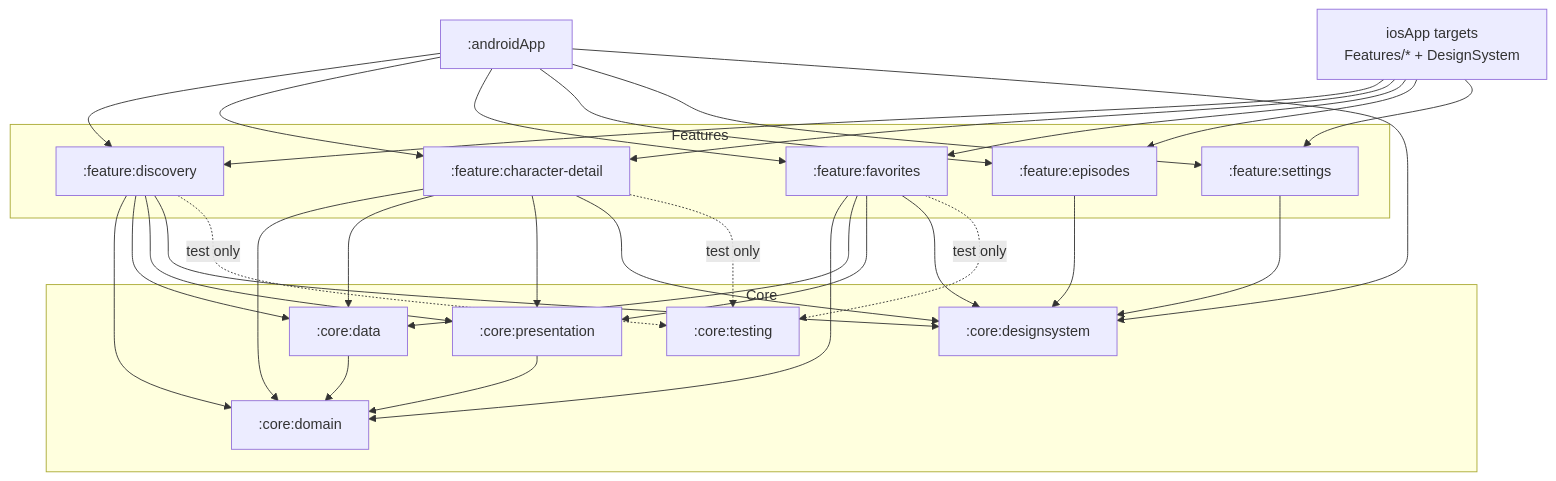
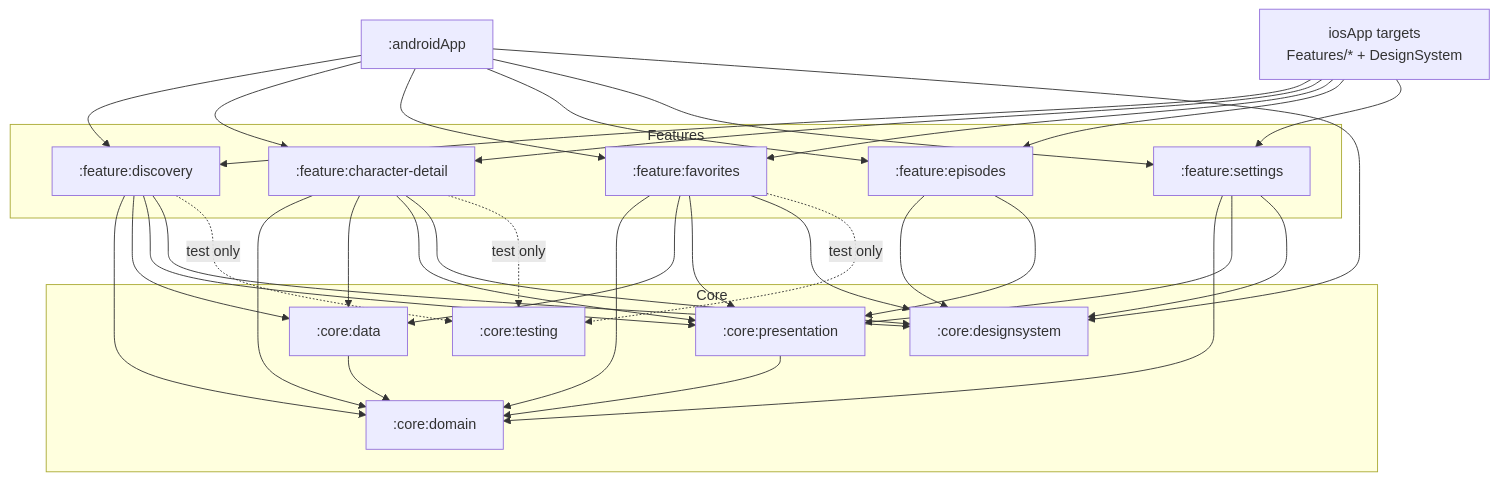
One commit to davidru85/RickAndMorty changed the third of 4 diagrams in docs/DESIGN.md. Above: the diagram before and after it, drawn with Mermaid. The commit also changed other lines of this file and 16 other files, not shown here.

````diff
--- a/docs/DESIGN.md
+++ b/docs/DESIGN.md
@@ -104,49 +104,52 @@
 ```mermaid
 flowchart TB
     subgraph Core
         CD[":core:domain"]
         CDA[":core:data"]
         CP[":core:presentation"]
         CDS[":core:designsystem"]
         CT[":core:testing"]
     end
     subgraph Features
         FD[":feature:discovery"]
         FC[":feature:character-detail"]
         FF[":feature:favorites"]
         FE[":feature:episodes"]
         FS[":feature:settings"]
     end
     APP[":androidApp"]
     IOS["iosApp targets<br/>Features/* + DesignSystem"]
     CDA --> CD
     CP --> CD
     FD --> CD
     FD --> CDA
     FD --> CP
     FD --> CDS
     FC --> CD
     FC --> CDA
     FC --> CP
     FC --> CDS
     FF --> CD
     FF --> CDA
     FF --> CP
     FF --> CDS
     FE --> CDS
+    FE --> CP
+    FS --> CD
+    FS --> CP
     FS --> CDS
     APP --> FD
     APP --> FC
     APP --> FF
     APP --> FE
     APP --> FS
     APP --> CDS
     IOS --> FD
     IOS --> FC
     IOS --> FF
     IOS --> FE
     IOS --> FS
     FD -. test only .-> CT
     FC -. test only .-> CT
     FF -. test only .-> CT
 ```
````
